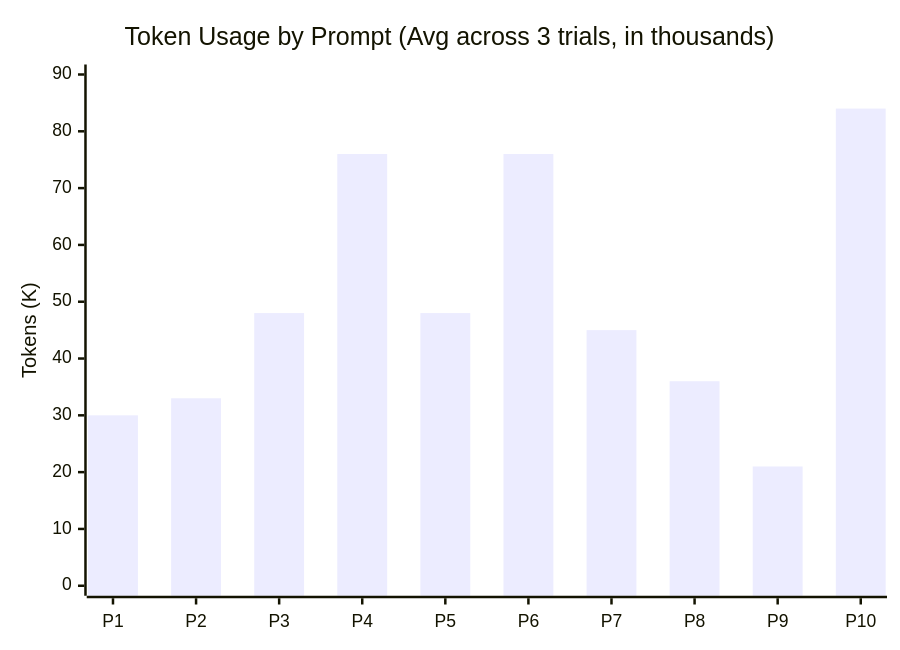
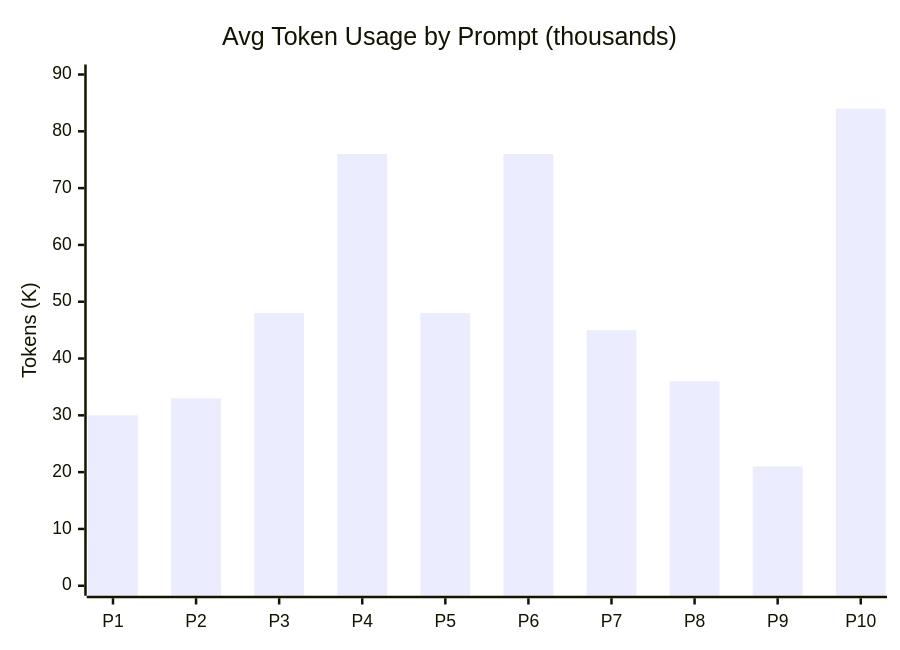
Before and after one commit to KalharPandya/terraform-smart-context-mcp-42: the third of 3 diagrams in reports/progress-report.md, drawn with Mermaid. The commit also changed other lines of this file, not shown here.

First line of the commit message:
Kalhar: remove flowchart diagrams causing whitespace, keep xycharts only

````diff
--- a/reports/progress-report.md
+++ b/reports/progress-report.md
@@ -132,7 +97,7 @@
 ```mermaid
 xychart-beta
-    title "Token Usage by Prompt (Avg across 3 trials, in thousands)"
+    title "Avg Token Usage by Prompt (thousands)"
     x-axis ["P1", "P2", "P3", "P4", "P5", "P6", "P7", "P8", "P9", "P10"]
     y-axis "Tokens (K)" 0 --> 90
     bar [30, 33, 48, 76, 48, 76, 45, 36, 21, 84]
 ```
````
